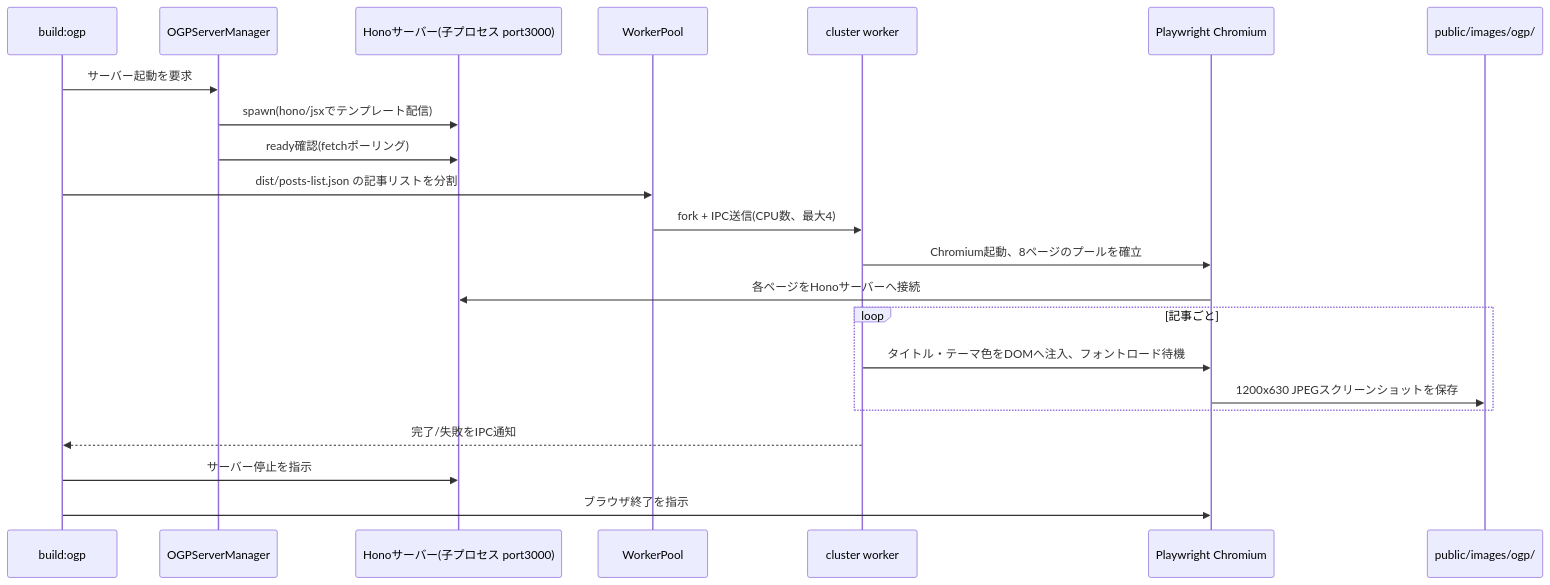
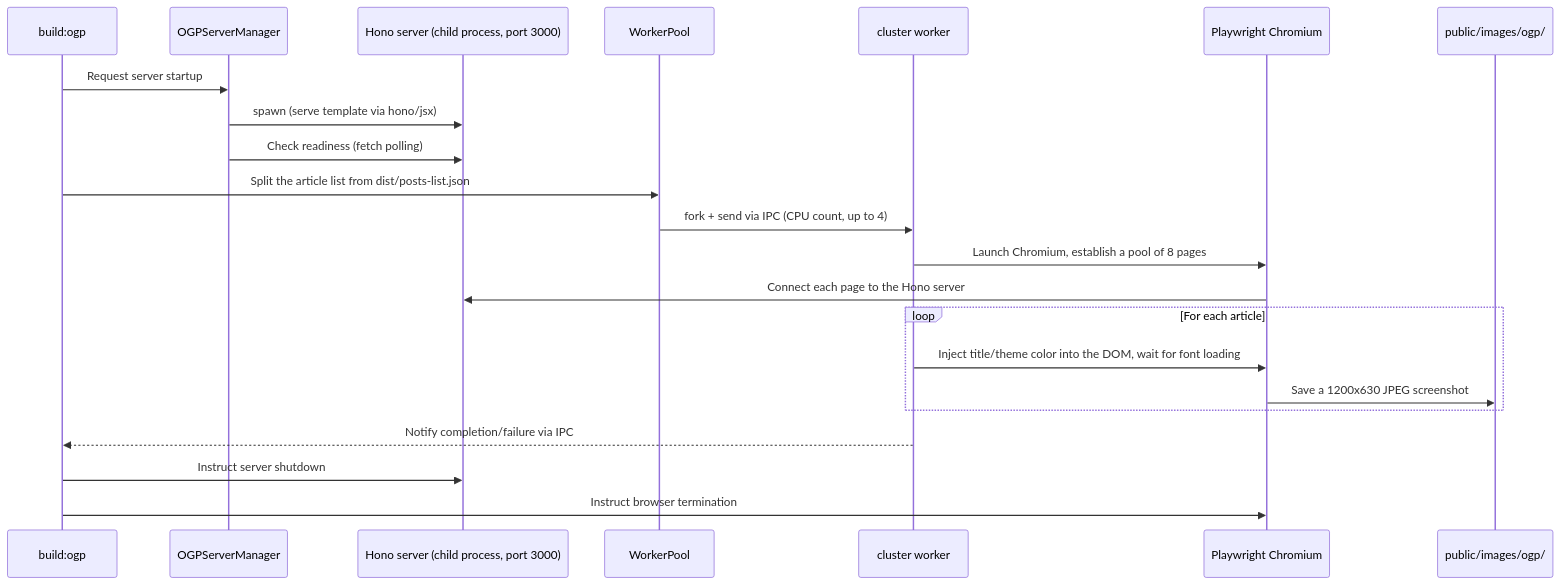
One commit to hiro0218/b.0218.jp changed the fourth of 4 diagrams in README.md. Above: the diagram before and after it, drawn with Mermaid. The commit also changed other lines of this file, not shown here.

````diff
--- a/README.md
+++ b/README.md
@@ -123,25 +123,25 @@
 ```mermaid
 sequenceDiagram
     participant Main as build:ogp
     participant Mgr as OGPServerManager
-    participant Hono as Honoサーバー(子プロセス port3000)
+    participant Hono as Hono server (child process, port 3000)
     participant Pool as WorkerPool
     participant Worker as cluster worker
     participant Pw as Playwright Chromium
     participant Fs as public/images/ogp/
 
-    Main->>Mgr: サーバー起動を要求
-    Mgr->>Hono: spawn(hono/jsxでテンプレート配信)
-    Mgr->>Hono: ready確認(fetchポーリング)
-    Main->>Pool: dist/posts-list.json の記事リストを分割
-    Pool->>Worker: fork + IPC送信(CPU数、最大4)
-    Worker->>Pw: Chromium起動、8ページのプールを確立
-    Pw->>Hono: 各ページをHonoサーバーへ接続
-    loop 記事ごと
-        Worker->>Pw: タイトル・テーマ色をDOMへ注入、フォントロード待機
-        Pw->>Fs: 1200x630 JPEGスクリーンショットを保存
+    Main->>Mgr: Request server startup
+    Mgr->>Hono: spawn (serve template via hono/jsx)
+    Mgr->>Hono: Check readiness (fetch polling)
+    Main->>Pool: Split the article list from dist/posts-list.json
+    Pool->>Worker: fork + send via IPC (CPU count, up to 4)
+    Worker->>Pw: Launch Chromium, establish a pool of 8 pages
+    Pw->>Hono: Connect each page to the Hono server
+    loop For each article
+        Worker->>Pw: Inject title/theme color into the DOM, wait for font loading
+        Pw->>Fs: Save a 1200x630 JPEG screenshot
     end
-    Worker-->>Main: 完了/失敗をIPC通知
-    Main->>Hono: サーバー停止を指示
-    Main->>Pw: ブラウザ終了を指示
+    Worker-->>Main: Notify completion/failure via IPC
+    Main->>Hono: Instruct server shutdown
+    Main->>Pw: Instruct browser termination
 ```
````
